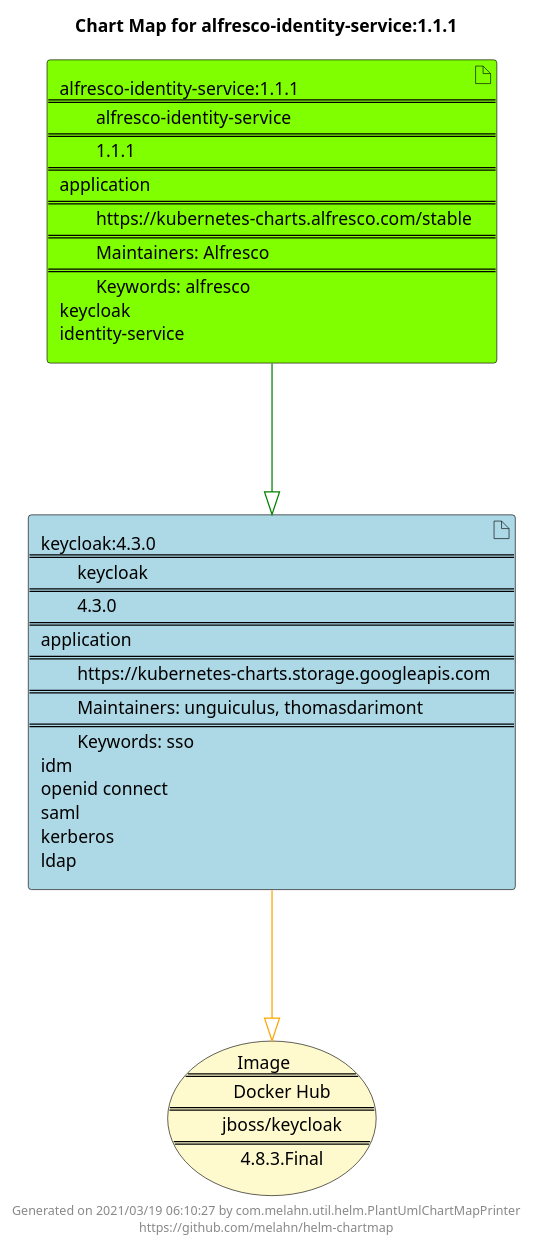
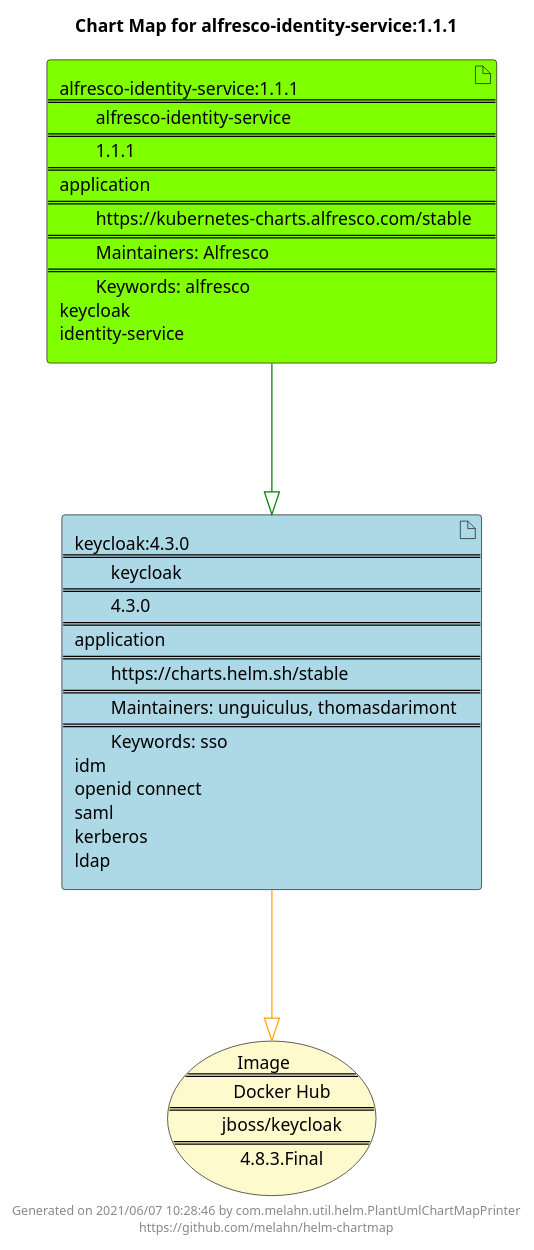
One commit to melahn/helm-chartmap changed the diagram in docs/alfresco-identity-service/alfresco-identity-service-1.1.1.puml. Above: the diagram before and after it, drawn with PlantUML. The commit also changed 32 other files, not shown here.

Commit message:
Updating chartmap examples

```diff
--- a/docs/alfresco-identity-service/alfresco-identity-service-1.1.1.puml
+++ b/docs/alfresco-identity-service/alfresco-identity-service-1.1.1.puml
@@ -1,23 +1,23 @@
 @startuml
 skinparam linetype ortho
 skinparam backgroundColor white
 skinparam usecaseBorderColor black
 skinparam usecaseArrowColor LightSlateGray
 skinparam artifactBorderColor black
 skinparam artifactArrowColor LightSlateGray
 
 title Chart Map for alfresco-identity-service:1.1.1
 
 'There are 2 referenced Helm Charts
 artifact "alfresco-identity-service:1.1.1\n====\n\talfresco-identity-service\n====\n\t1.1.1\n====\napplication\n====\n\thttps://kubernetes-charts.alfresco.com/stable\n====\n\tMaintainers: Alfresco\n====\n\tKeywords: alfresco\nkeycloak\nidentity-service" as alfresco_identity_service_1_1_1 #Chartreuse
-artifact "keycloak:4.3.0\n====\n\tkeycloak\n====\n\t4.3.0\n====\napplication\n====\n\thttps://kubernetes-charts.storage.googleapis.com\n====\n\tMaintainers: unguiculus, thomasdarimont\n====\n\tKeywords: sso\nidm\nopenid connect\nsaml\nkerberos\nldap" as keycloak_4_3_0 #LightBlue
+artifact "keycloak:4.3.0\n====\n\tkeycloak\n====\n\t4.3.0\n====\napplication\n====\n\thttps://charts.helm.sh/stable\n====\n\tMaintainers: unguiculus, thomasdarimont\n====\n\tKeywords: sso\nidm\nopenid connect\nsaml\nkerberos\nldap" as keycloak_4_3_0 #LightBlue
 
 'There is one referenced Docker Image
 usecase "Image\n====\n\tDocker Hub\n====\n\tjboss/keycloak\n====\n\t4.8.3.Final" as jboss_keycloak_4_8_3_Final #LemonChiffon
 
 'Chart Dependencies
 alfresco_identity_service_1_1_1--[#green]-|>keycloak_4_3_0
 keycloak_4_3_0--[#orange]-|>jboss_keycloak_4_8_3_Final
 
-center footer Generated on 2021/03/19 06:10:27 by com.melahn.util.helm.PlantUmlChartMapPrinter\nhttps://github.com/melahn/helm-chartmap
+center footer Generated on 2021/06/07 10:28:46 by com.melahn.util.helm.PlantUmlChartMapPrinter\nhttps://github.com/melahn/helm-chartmap
 @enduml
```
